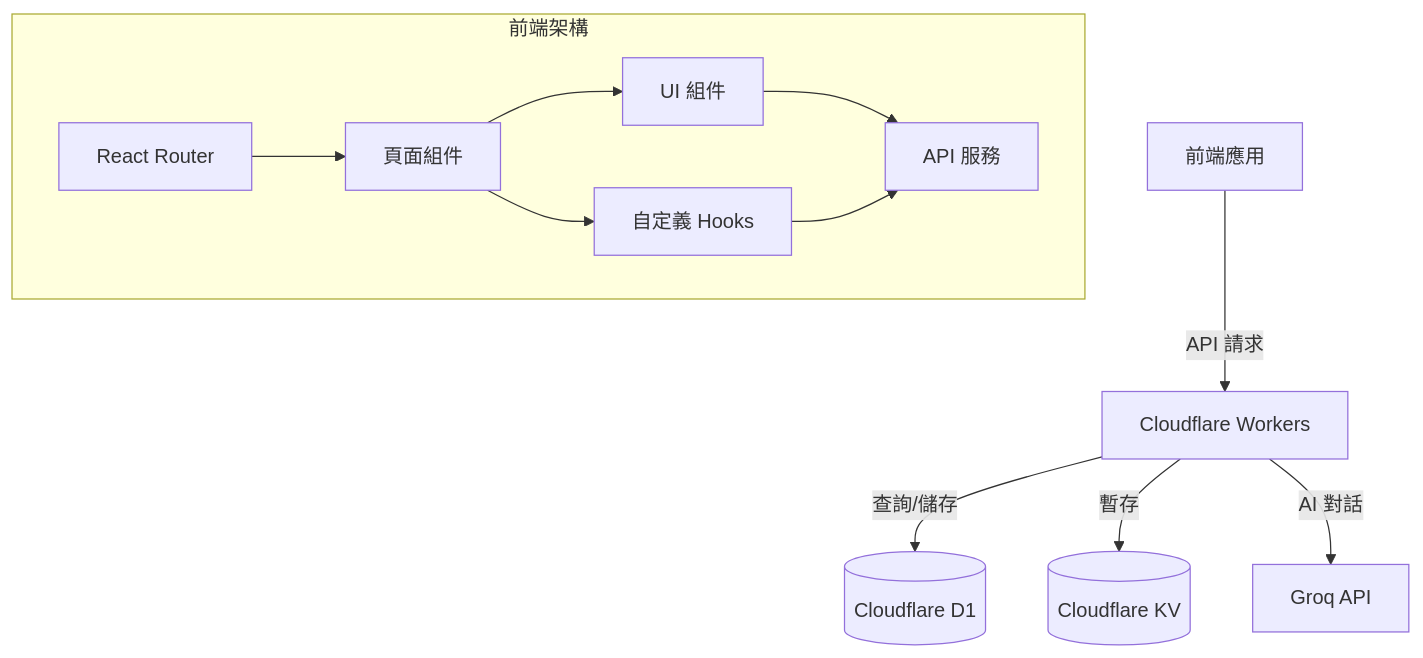
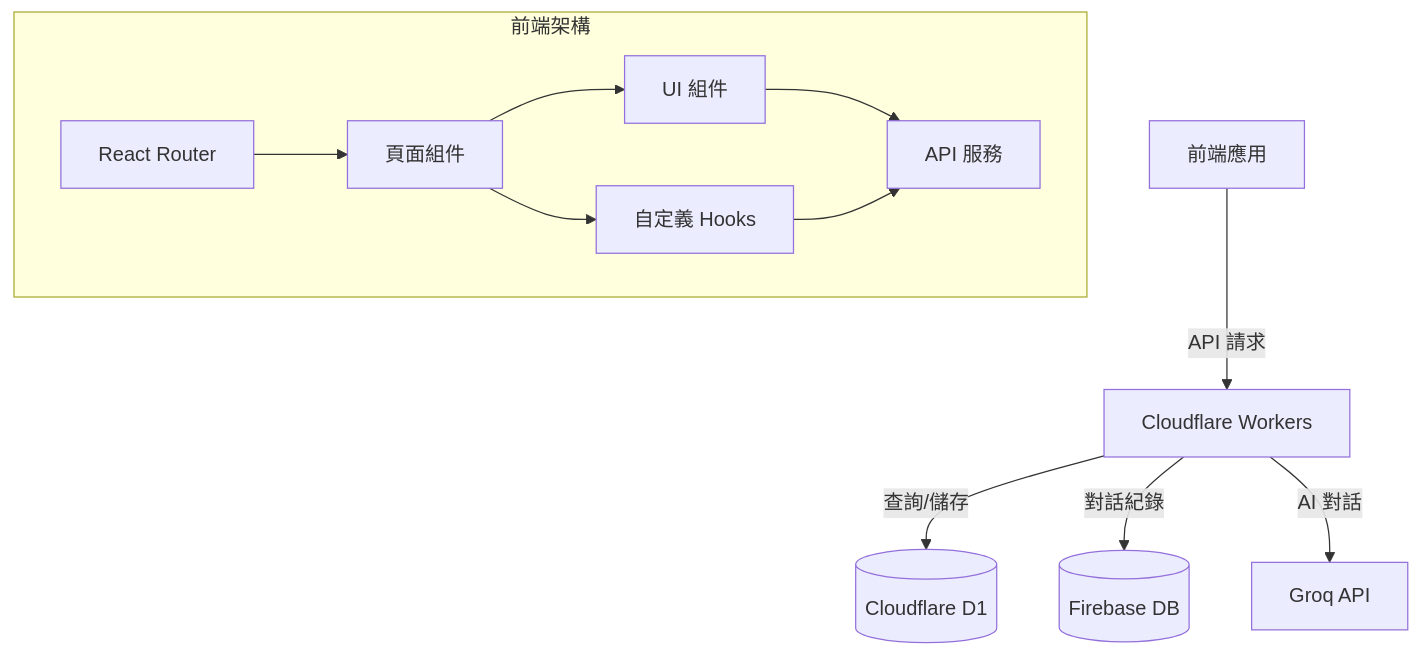
One commit to roy4222/EchoMind changed the first of 4 diagrams in README.md. Above: the diagram before and after it, drawn with Mermaid. The commit also changed other lines of this file, not shown here.

First line of the commit message:
Update README to Reflect Database Change from Cloudflare KV to Firebase Realtime Database

````diff
--- a/README.md
+++ b/README.md
@@ -34,15 +34,15 @@
 ```mermaid
 graph TD
     Client[前端應用] --> |API 請求| Workers[Cloudflare Workers]
     Workers --> |查詢/儲存| D1[(Cloudflare D1)]
-    Workers --> |暫存| KV[(Cloudflare KV)]
+    Workers --> |對話紀錄| Firebase[(Firebase DB)]
     Workers --> |AI 對話| Groq[Groq API]
     
     subgraph Frontend[前端架構]
         Router[React Router] --> Pages[頁面組件]
         Pages --> Components[UI 組件]
         Pages --> Hooks[自定義 Hooks]
         Components --> Services[API 服務]
         Hooks --> Services
     end
 ```
````
